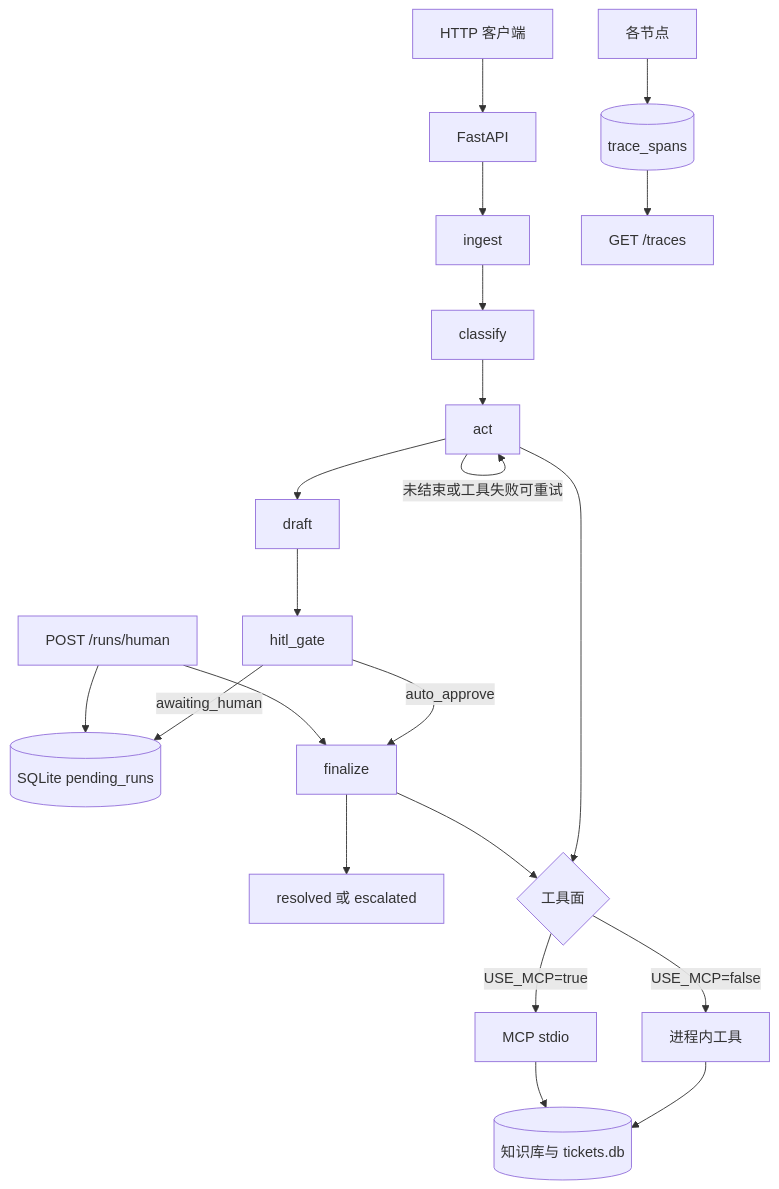
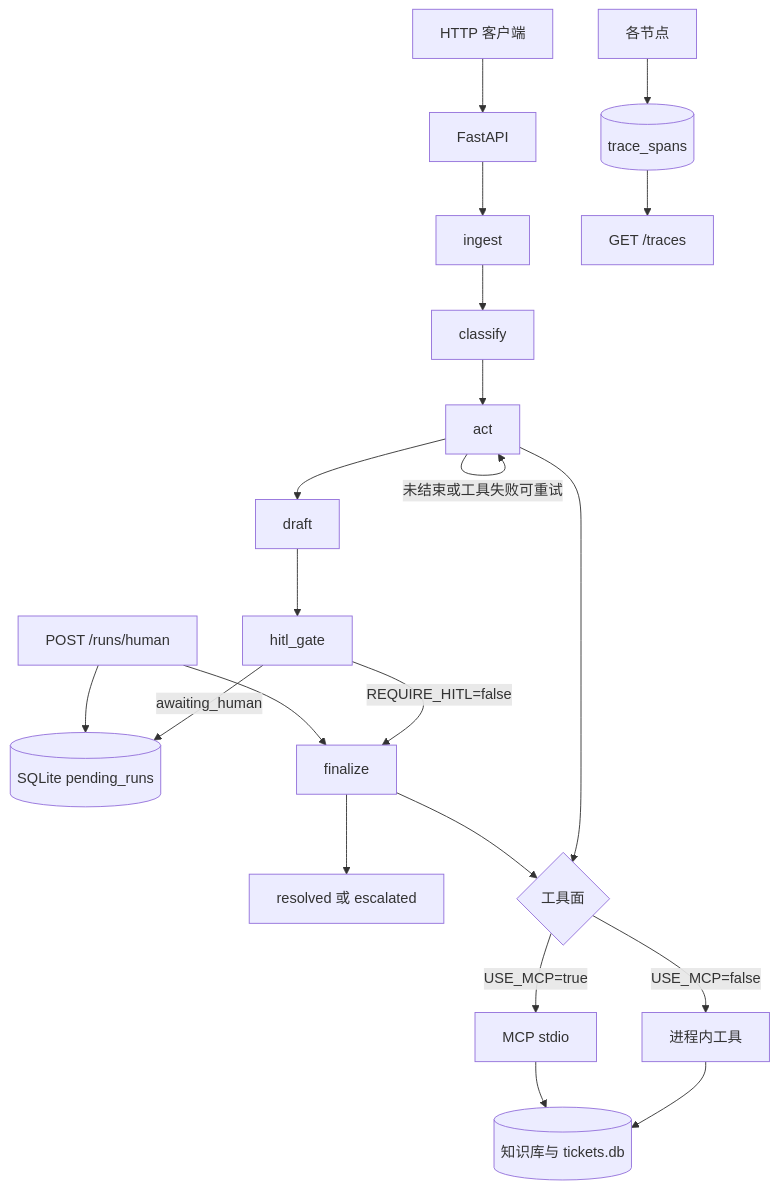
One commit to lyu24944-cmyk/ticket-triage-agent changed the diagram in README.md. Above: the diagram before and after it, drawn with Mermaid. The commit also changed other lines of this file and 79 other files, not shown here.

````diff
--- a/README.md
+++ b/README.md
@@ -15,23 +16,23 @@
 ```mermaid
 flowchart TD
   client[HTTP 客户端] --> api[FastAPI]
   api --> ingest
   ingest --> classify
   classify --> act
   act -->|未结束或工具失败可重试| act
   act --> draft
   draft --> hitl[hitl_gate]
   hitl -->|awaiting_human| pause[(SQLite pending_runs)]
-  hitl -->|auto_approve| finalize
+  hitl -->|REQUIRE_HITL=false| finalize
   human[POST /runs/human] --> pause
   human --> finalize
   finalize --> done[resolved 或 escalated]
   act --> tools{工具面}
   finalize --> tools
   tools -->|USE_MCP=false| local[进程内工具]
   tools -->|USE_MCP=true| mcp[MCP stdio]
   local --> store[(知识库与 tickets.db)]
   mcp --> store
   nodes[各节点] --> spans[(trace_spans)]
   spans --> traces[GET /traces]
 ```
````
